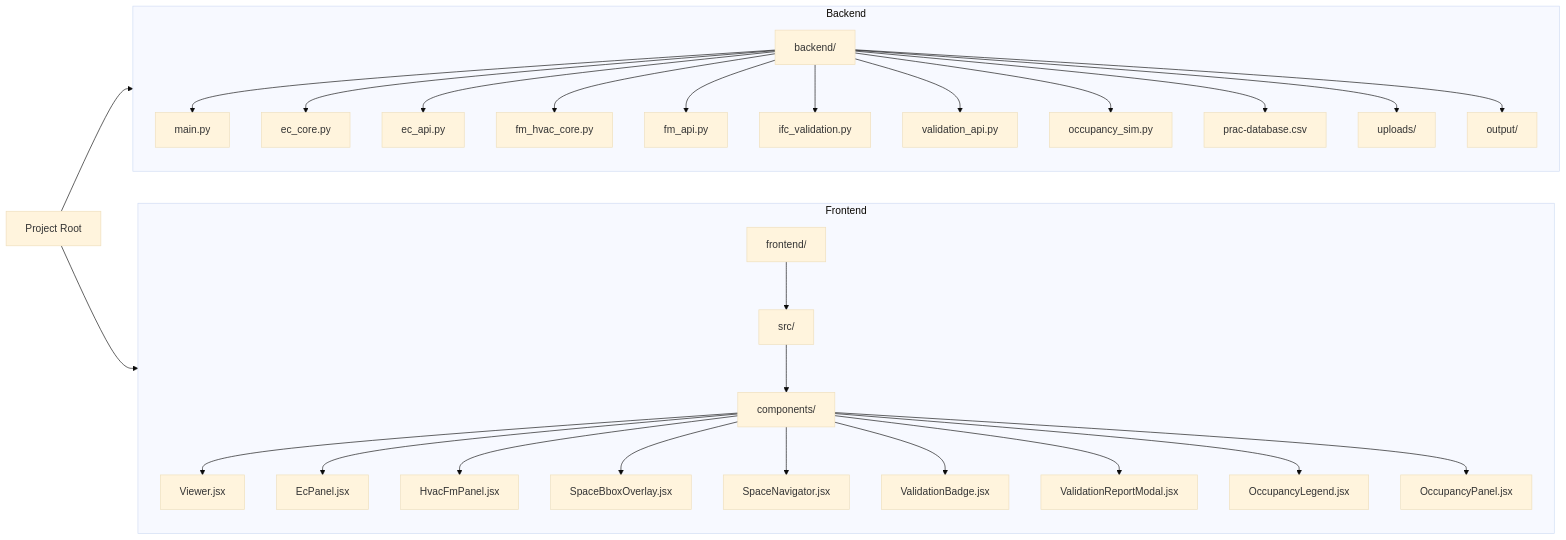
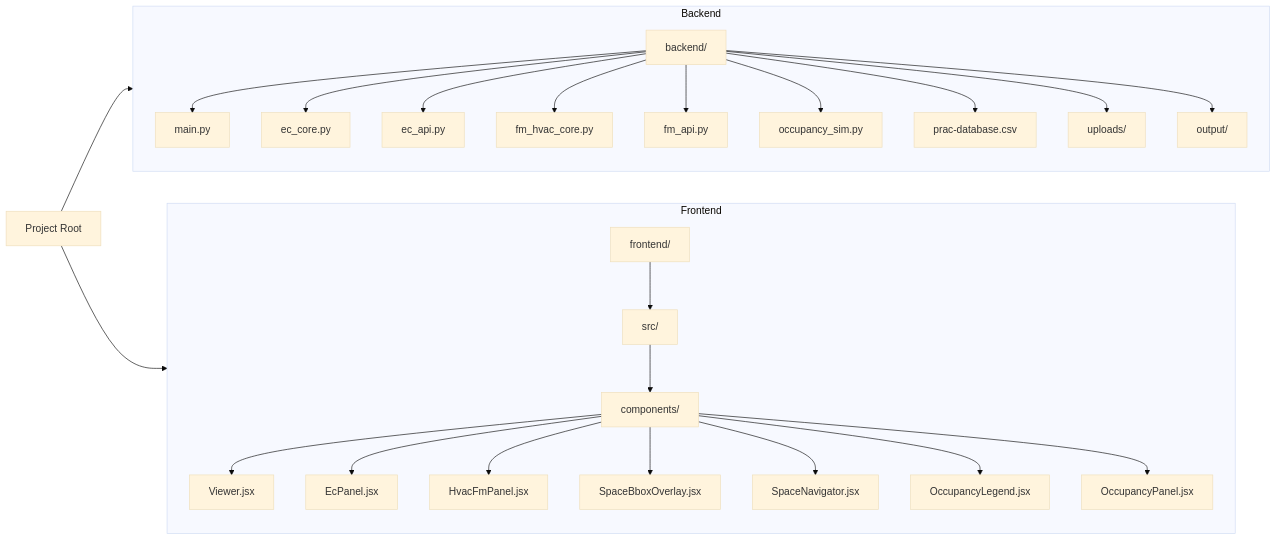
The second of 7 diagrams in SYSTEM_MAP.md (Naveendinula/DigitalTwin), drawn with Mermaid (base theme) before and after one commit. The commit also changed other lines of this file and 32 other files, not shown here.

````diff
--- a/SYSTEM_MAP.md
+++ b/SYSTEM_MAP.md
@@ -81,61 +76,53 @@
 ```mermaid
 graph LR
     Root[Project Root]
     
     subgraph Backend
         BE[backend/]
         Main[main.py]
         Core[ec_core.py]
         API[ec_api.py]
         FmCore[fm_hvac_core.py]
         FmAPI[fm_api.py]
-        ValCore[ifc_validation.py]
-        ValAPI[validation_api.py]
         DB[prac-database.csv]
         Uploads[uploads/]
         Output[output/]
         
         BE --> Main
         BE --> Core
         BE --> API
         BE --> FmCore
         BE --> FmAPI
-        BE --> ValCore
-        BE --> ValAPI
         OccSim2[occupancy_sim.py]
         BE --> OccSim2
         BE --> DB
         BE --> Uploads
         BE --> Output
     end
     
     subgraph Frontend
         FE[frontend/]
         Src[src/]
         Comps[components/]
         Viewer[Viewer.jsx]
         Panel[EcPanel.jsx]
         HvacPanel[HvacFmPanel.jsx]
         SpaceOverlay[SpaceBboxOverlay.jsx]
         SpaceNav[SpaceNavigator.jsx]
-        ValBadge[ValidationBadge.jsx]
-        ValModal[ValidationReportModal.jsx]
         
         FE --> Src
         Src --> Comps
         Comps --> Viewer
         Comps --> Panel
         Comps --> HvacPanel
         Comps --> SpaceOverlay
         Comps --> SpaceNav
-        Comps --> ValBadge
-        Comps --> ValModal
         OccLegend[OccupancyLegend.jsx]
         OccPanel[OccupancyPanel.jsx]
         Comps --> OccLegend
         Comps --> OccPanel
     end
     
     Root --> Backend
     Root --> Frontend
 ```
````
